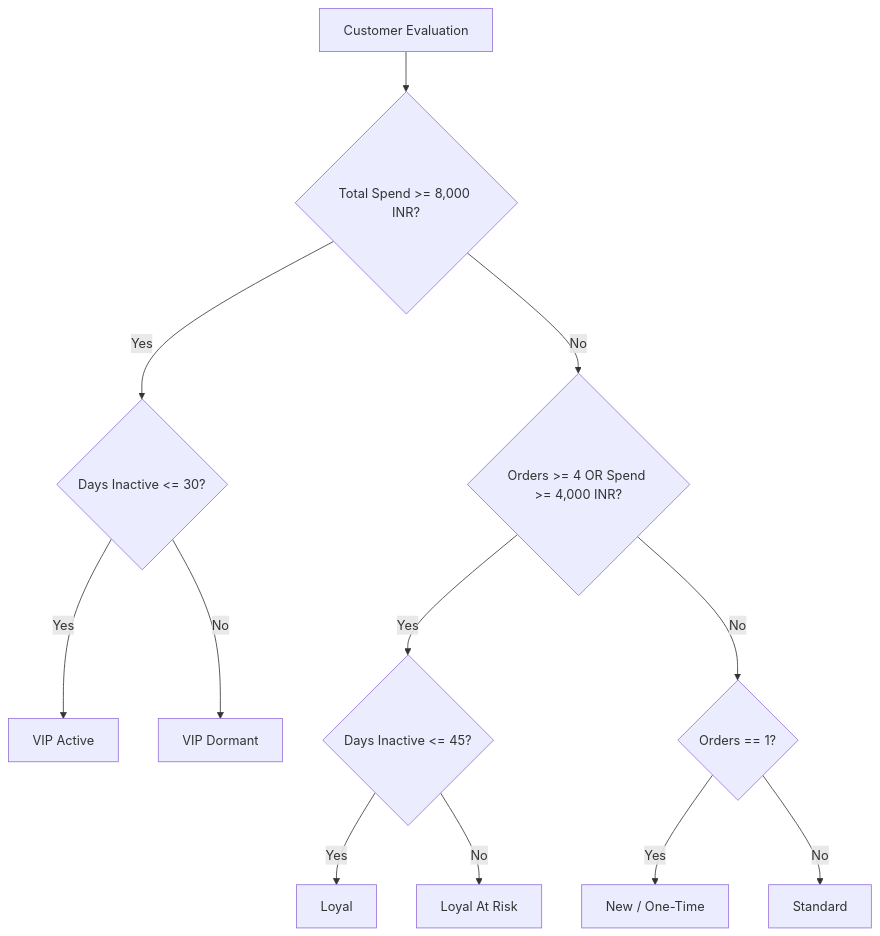
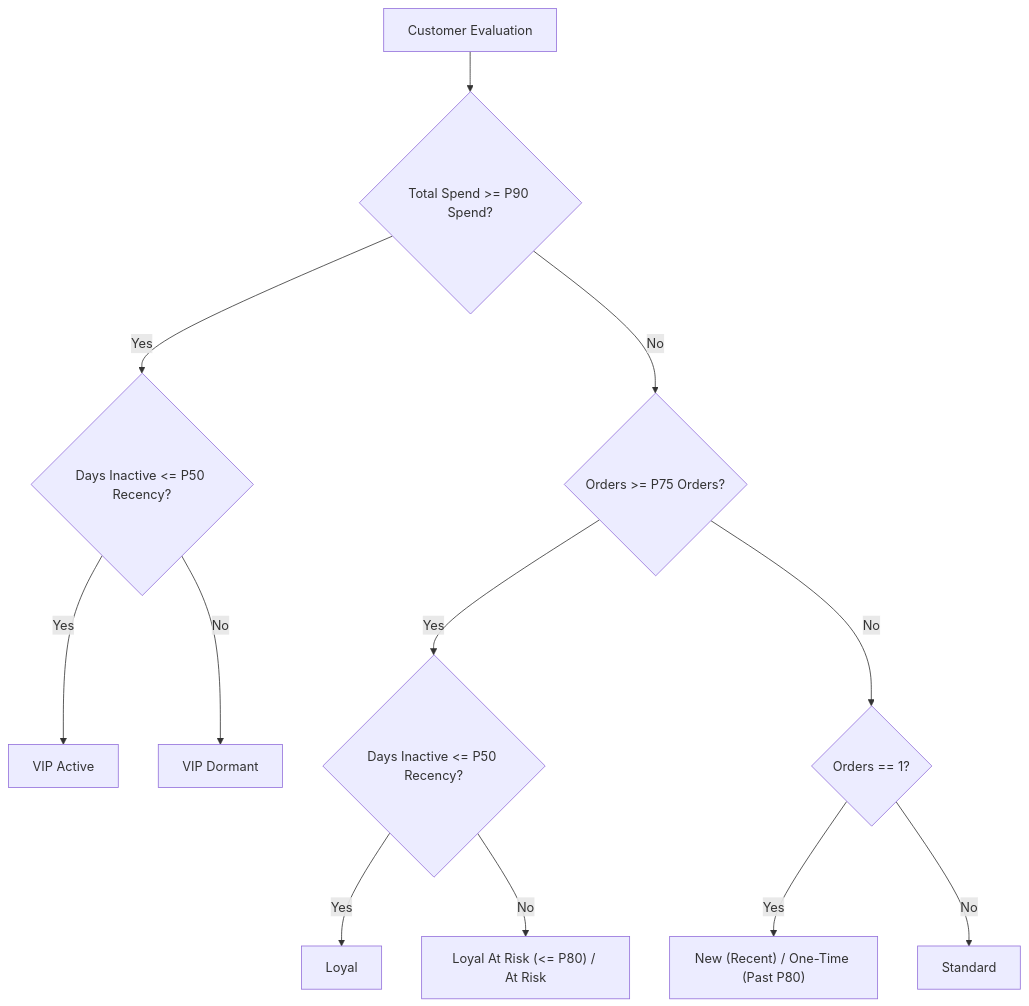
One commit to MouleeswaranR/RazorGrowth changed the second of 2 diagrams in docs/INTELLIGENCE.md. Above: the diagram before and after it, drawn with Mermaid. The commit also changed other lines of this file and 48 other files, not shown here.

````diff
--- a/docs/INTELLIGENCE.md
+++ b/docs/INTELLIGENCE.md
@@ -72,17 +83,17 @@
 ```mermaid
 flowchart TD
-    Start["Customer Evaluation"] --> SpendCheck{"Total Spend >= 8,000 INR?"}
+    Start["Customer Evaluation"] --> SpendCheck{"Total Spend >= P90 Spend?"}
     
-    SpendCheck -->|Yes| RecCheckVIP{"Days Inactive <= 30?"}
+    SpendCheck -->|Yes| RecCheckVIP{"Days Inactive <= P50 Recency?"}
     RecCheckVIP -->|Yes| Seg1["VIP Active"]
     RecCheckVIP -->|No| Seg2["VIP Dormant"]
     
-    SpendCheck -->|No| FreqCheck{"Orders >= 4 OR Spend >= 4,000 INR?"}
-    FreqCheck -->|Yes| RecCheckLoyal{"Days Inactive <= 45?"}
+    SpendCheck -->|No| FreqCheck{"Orders >= P75 Orders?"}
+    FreqCheck -->|Yes| RecCheckLoyal{"Days Inactive <= P50 Recency?"}
     RecCheckLoyal -->|Yes| Seg3["Loyal"]
-    RecCheckLoyal -->|No| Seg4["Loyal At Risk"]
+    RecCheckLoyal -->|No| Seg4["Loyal At Risk (<= P80) / At Risk"]
     
     FreqCheck -->|No| OrderCountCheck{"Orders == 1?"}
-    OrderCountCheck -->|Yes| Seg5["New / One-Time"]
+    OrderCountCheck -->|Yes| Seg5["New (Recent) / One-Time (Past P80)"]
     OrderCountCheck -->|No| Seg6["Standard"]
 ```
````
